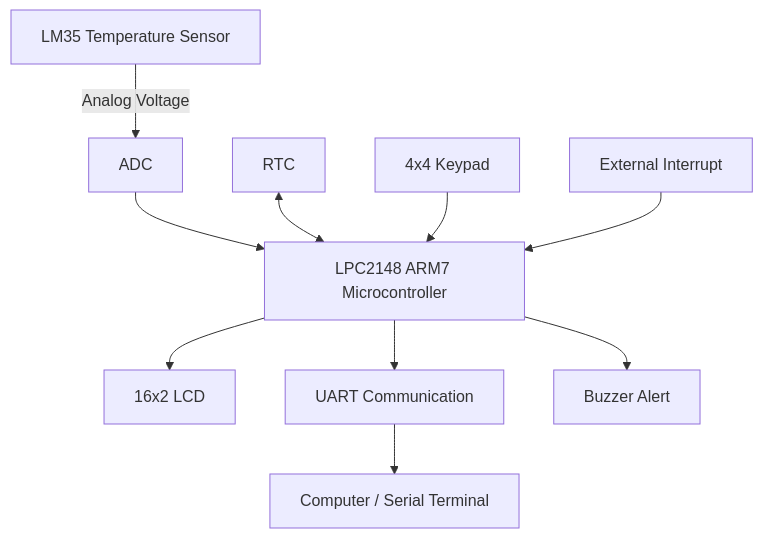
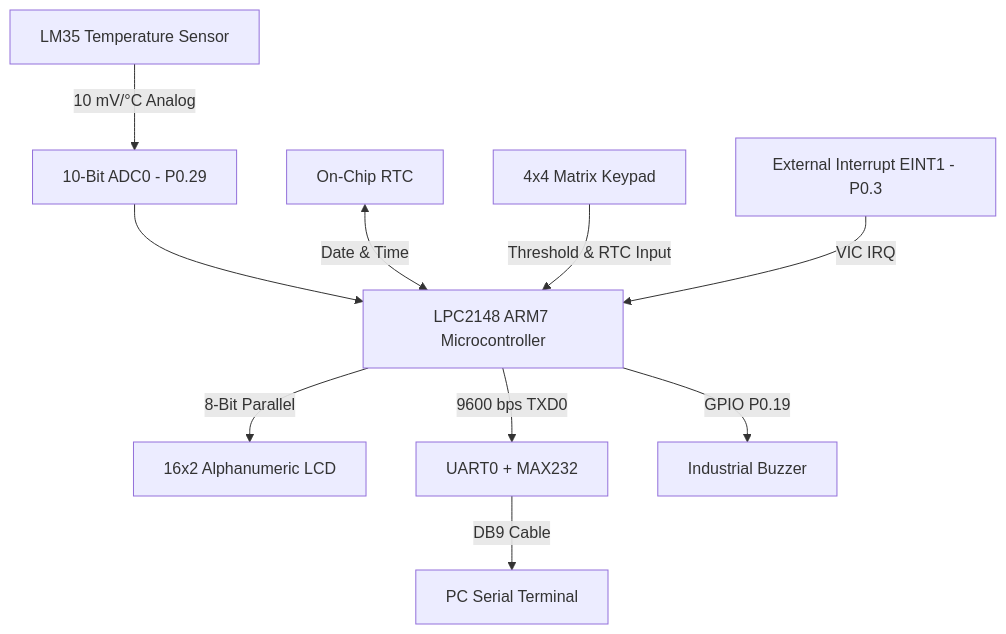
The first of 10 diagrams in README.md (maghambhanu/LPC2148-Industrial-Environment-Monitor), drawn with Mermaid before and after one commit. The commit also changed other lines of this file, not shown here.

````diff
--- a/README.md
+++ b/README.md
@@ -61,12 +71,12 @@
 ```mermaid
 flowchart TD
-    A[LM35 Temperature Sensor] -->|Analog Voltage| B[ADC]
+    A[LM35 Temperature Sensor] -->|10 mV/°C Analog| B[10-Bit ADC0 - P0.29]
     B --> C[LPC2148 ARM7 Microcontroller]
-    D[RTC] <--> C
-    E[4x4 Keypad] --> C
-    F[External Interrupt] --> C
-    C --> G[16x2 LCD]
-    C --> H[UART Communication]
-    H --> I[Computer / Serial Terminal]
-    C --> J[Buzzer Alert]
+    D[On-Chip RTC] <-->|Date & Time| C
+    E[4x4 Matrix Keypad] -->|Threshold & RTC Input| C
+    F[External Interrupt EINT1 - P0.3] -->|VIC IRQ| C
+    C -->|8-Bit Parallel| G[16x2 Alphanumeric LCD]
+    C -->|9600 bps TXD0| H[UART0 + MAX232]
+    H -->|DB9 Cable| I[PC Serial Terminal]
+    C -->|GPIO P0.19| J[Industrial Buzzer]
 ```
````
